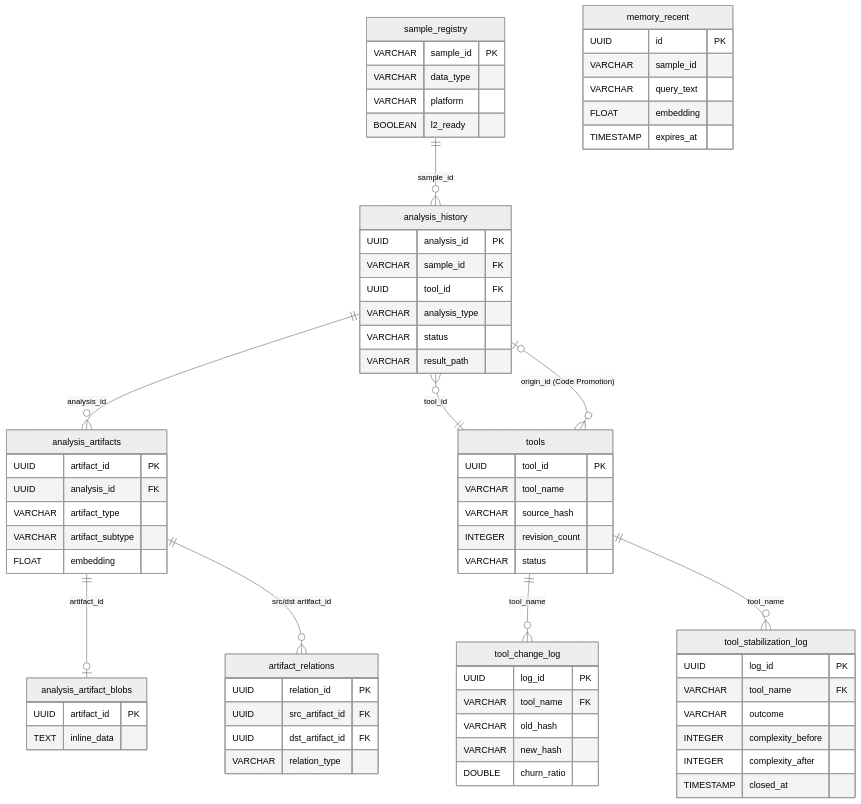
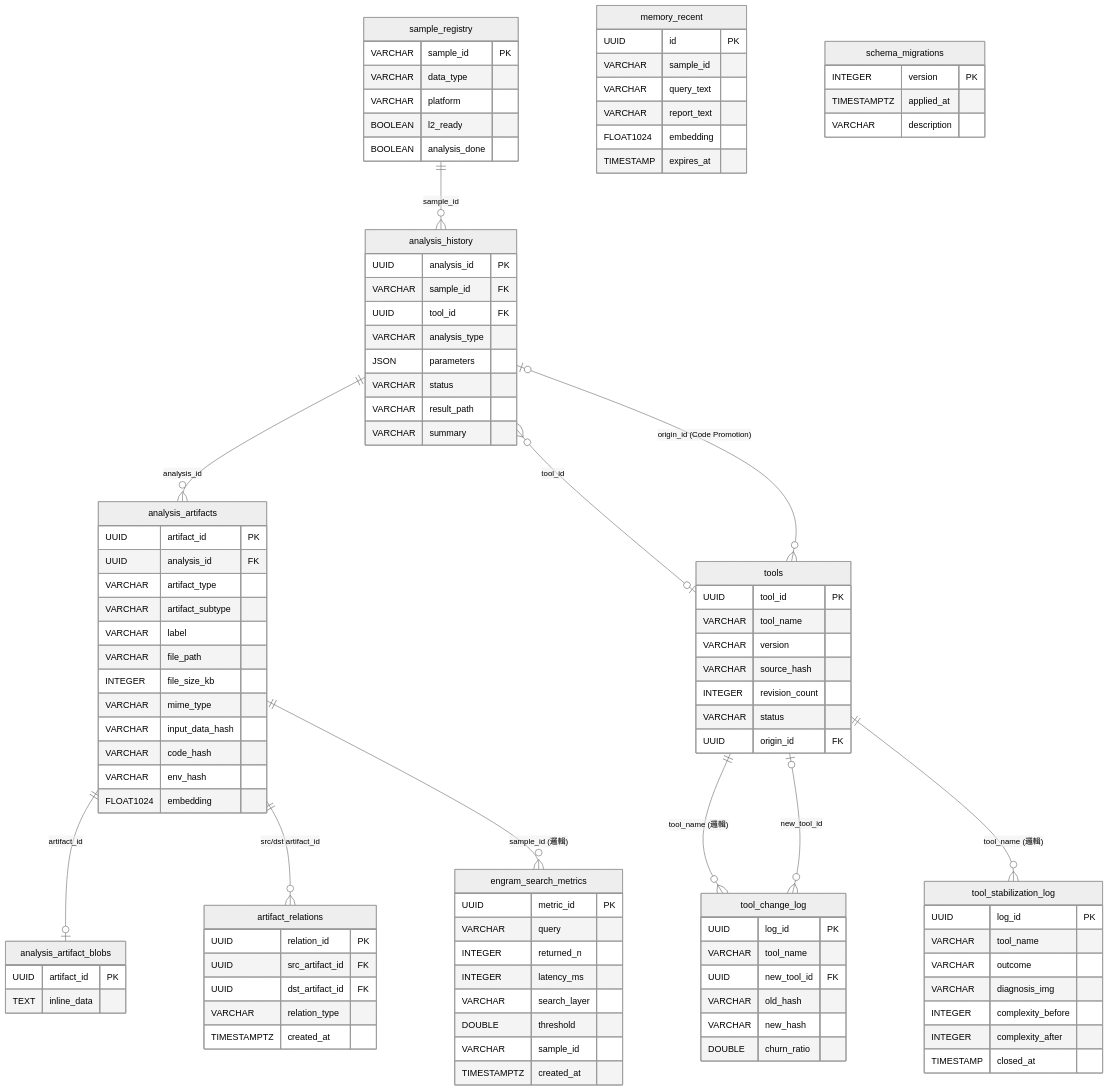
Before and after one commit to ddmanyes/Evo_PRISM: the third of 4 diagrams in plan_zh.md, drawn with Mermaid (neutral theme). The commit also changed other lines of this file, not shown here.

Commit message:
docs: 第五章 flowchart 節點文字簡化為白話說明

````diff
--- a/plan_zh.md
+++ b/plan_zh.md
@@ -179,17 +179,20 @@
 erDiagram
     sample_registry ||--o{ analysis_history : "sample_id"
     analysis_history ||--o{ analysis_artifacts : "analysis_id"
-    analysis_history }o--|| tools : "tool_id"
+    analysis_history }o--o| tools : "tool_id"
     analysis_artifacts ||--o| analysis_artifact_blobs : "artifact_id"
     analysis_artifacts ||--o{ artifact_relations : "src/dst artifact_id"
-    tools ||--o{ tool_change_log : "tool_name"
-    tools ||--o{ tool_stabilization_log : "tool_name"
+    analysis_artifacts ||--o{ engram_search_metrics : "sample_id (邏輯)"
+    tools ||--o{ tool_change_log : "tool_name (邏輯)"
+    tools ||--o{ tool_stabilization_log : "tool_name (邏輯)"
+    tool_change_log }o--o| tools : "new_tool_id"
     tools }o--o| analysis_history : "origin_id (Code Promotion)"
     memory_recent {
         UUID id PK
         VARCHAR sample_id
         VARCHAR query_text
-        FLOAT embedding
+        VARCHAR report_text
+        FLOAT1024 embedding
         TIMESTAMP expires_at
     }
     sample_registry {
@@ -197,33 +200,40 @@
         VARCHAR data_type
         VARCHAR platform
         BOOLEAN l2_ready
+        BOOLEAN analysis_done
     }
     analysis_history {
         UUID analysis_id PK
         VARCHAR sample_id FK
         UUID tool_id FK
         VARCHAR analysis_type
+        JSON parameters
         VARCHAR status
         VARCHAR result_path
+        VARCHAR summary
     }
     tools {
         UUID tool_id PK
         VARCHAR tool_name
+        VARCHAR version
         VARCHAR source_hash
         INTEGER revision_count
         VARCHAR status
+        UUID origin_id FK
     }
     tool_change_log {
         UUID log_id PK
-        VARCHAR tool_name FK
+        VARCHAR tool_name
+        UUID new_tool_id FK
         VARCHAR old_hash
         VARCHAR new_hash
         DOUBLE churn_ratio
     }
     tool_stabilization_log {
         UUID log_id PK
-        VARCHAR tool_name FK
+        VARCHAR tool_name
         VARCHAR outcome
+        VARCHAR diagnosis_img
         INTEGER complexity_before
         INTEGER complexity_after
         TIMESTAMP closed_at
@@ -233,7 +243,14 @@
         UUID analysis_id FK
         VARCHAR artifact_type
         VARCHAR artifact_subtype
-        FLOAT embedding
+        VARCHAR label
+        VARCHAR file_path
+        INTEGER file_size_kb
+        VARCHAR mime_type
+        VARCHAR input_data_hash
+        VARCHAR code_hash
+        VARCHAR env_hash
+        FLOAT1024 embedding
     }
     analysis_artifact_blobs {
         UUID artifact_id PK
@@ -244,5 +261,21 @@
         UUID src_artifact_id FK
         UUID dst_artifact_id FK
         VARCHAR relation_type
+        TIMESTAMPTZ created_at
+    }
+    engram_search_metrics {
+        UUID metric_id PK
+        VARCHAR query
+        INTEGER returned_n
+        INTEGER latency_ms
+        VARCHAR search_layer
+        DOUBLE threshold
+        VARCHAR sample_id
+        TIMESTAMPTZ created_at
+    }
+    schema_migrations {
+        INTEGER version PK
+        TIMESTAMPTZ applied_at
+        VARCHAR description
     }
 ```
````
